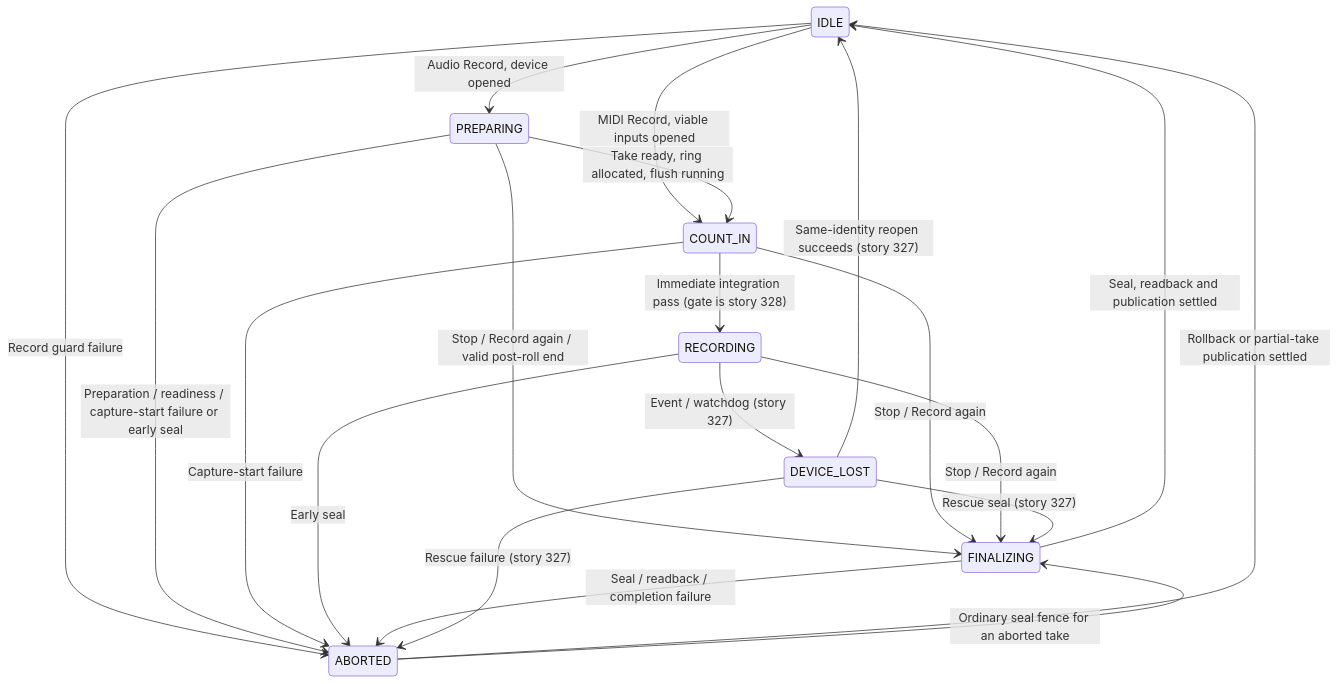
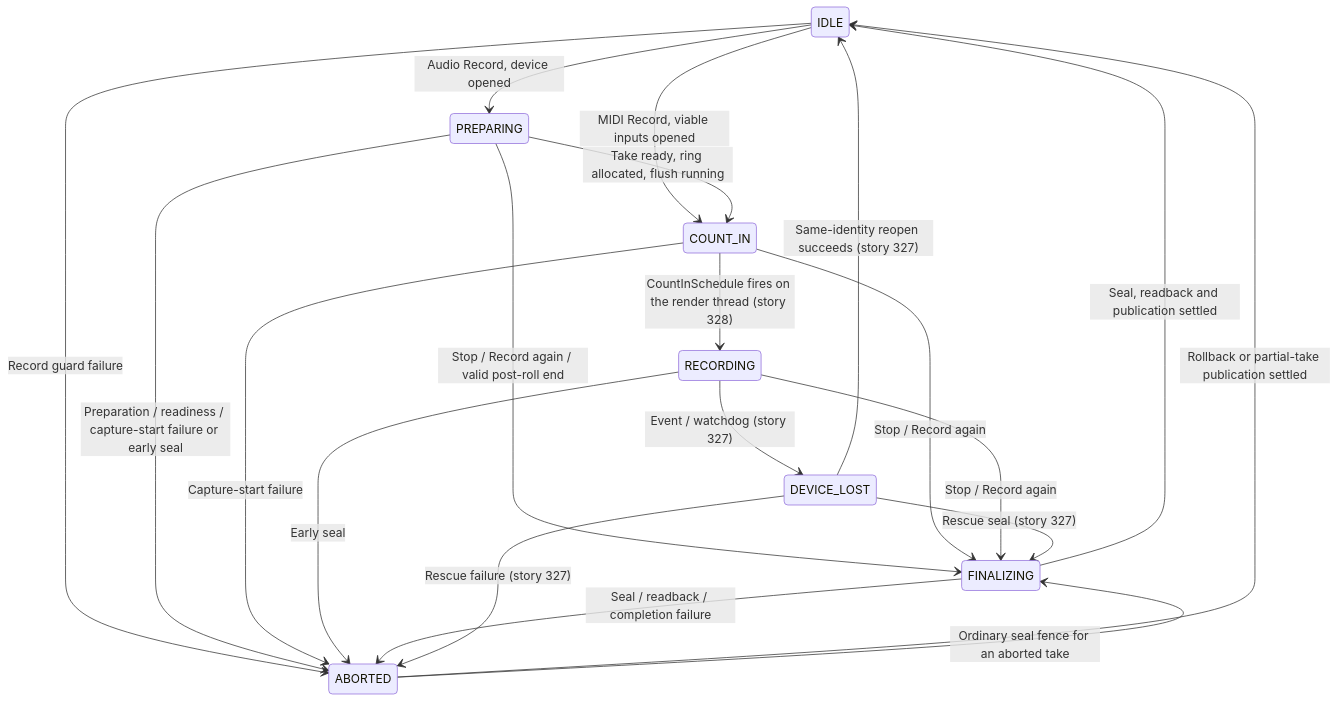
Before and after one commit to Ben-Esquivel-Music/java-digital-audio-workstation: the diagram in docs/design/RECORDING_RELIABILITY_DESIGN_BOOK.md, drawn with Mermaid. The commit also changed other lines of this file and 163 other files, not shown here.

````diff
--- a/docs/design/RECORDING_RELIABILITY_DESIGN_BOOK.md
+++ b/docs/design/RECORDING_RELIABILITY_DESIGN_BOOK.md
@@ -440,22 +440,22 @@
 ```mermaid
 stateDiagram-v2
     IDLE --> PREPARING: Audio Record, device opened
     IDLE --> COUNT_IN: MIDI Record, viable inputs opened
     PREPARING --> COUNT_IN: Take ready, ring allocated, flush running
-    COUNT_IN --> RECORDING: Immediate integration pass (gate is story 328)
+    COUNT_IN --> RECORDING: CountInSchedule fires on the render thread (story 328)
     PREPARING --> FINALIZING: Stop / Record again / valid post-roll end
     COUNT_IN --> FINALIZING: Stop / Record again
     RECORDING --> FINALIZING: Stop / Record again
     IDLE --> ABORTED: Record guard failure
     PREPARING --> ABORTED: Preparation / readiness / capture-start failure or early seal
     COUNT_IN --> ABORTED: Capture-start failure
     RECORDING --> ABORTED: Early seal
     FINALIZING --> ABORTED: Seal / readback / completion failure
     FINALIZING --> IDLE: Seal, readback and publication settled
     ABORTED --> IDLE: Rollback or partial-take publication settled
     ABORTED --> FINALIZING: Ordinary seal fence for an aborted take
     RECORDING --> DEVICE_LOST: Event / watchdog (story 327)
     DEVICE_LOST --> IDLE: Same-identity reopen succeeds (story 327)
     DEVICE_LOST --> FINALIZING: Rescue seal (story 327)
     DEVICE_LOST --> ABORTED: Rescue failure (story 327)
 ```
````
